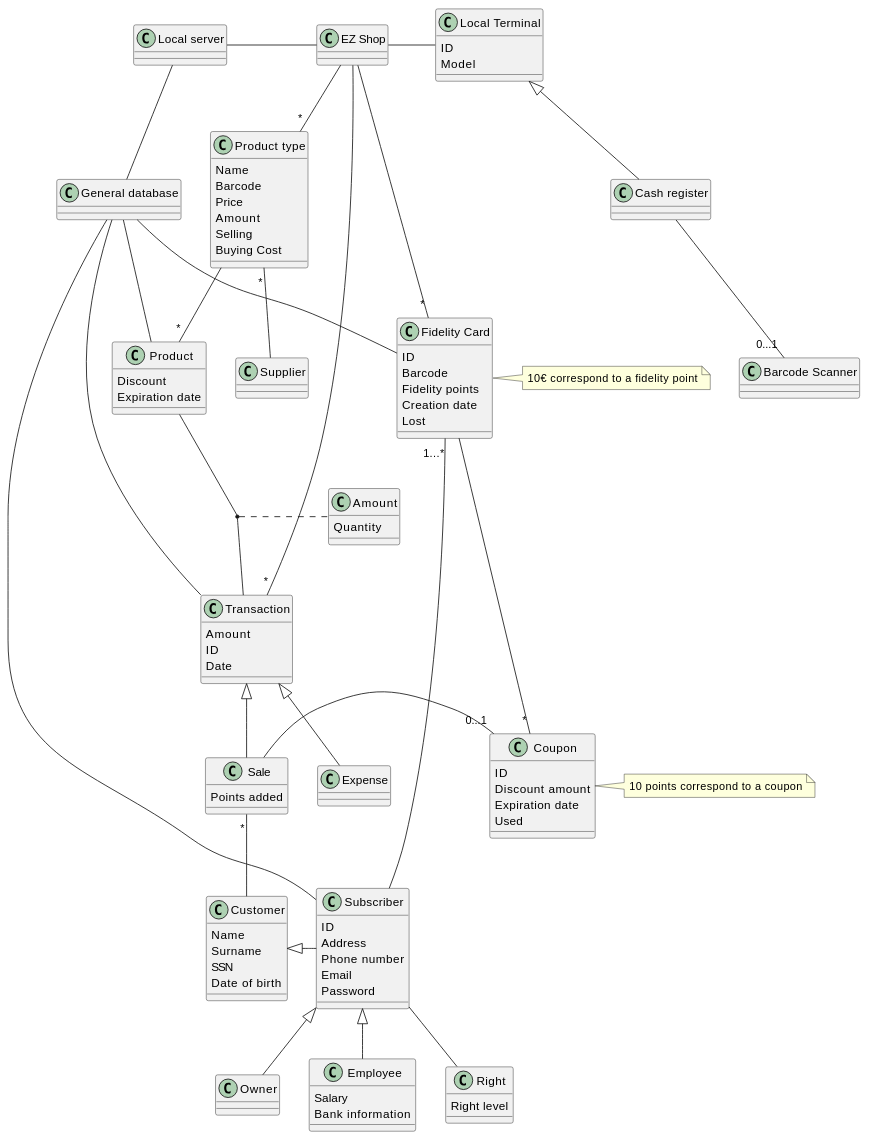
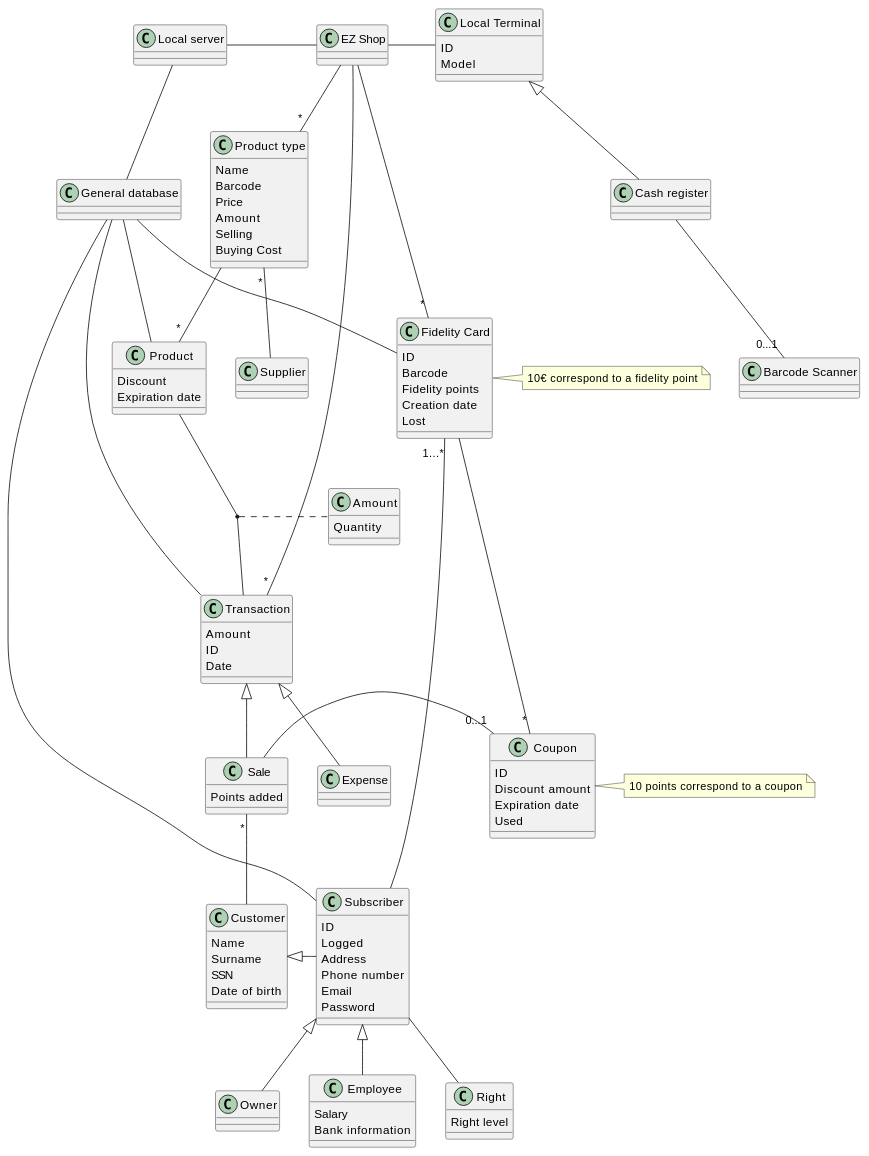
Before and after one commit to nicolabattaglino/ezshop: the fifth of 7 diagrams in Deliverables/RequirementsDocument.md, drawn with PlantUML. The commit also changed other lines of this file and 1 other file, not shown here.

```diff
--- a/Deliverables/RequirementsDocument.md
+++ b/Deliverables/RequirementsDocument.md
@@ -761,6 +771,7 @@
 
 class "Subscriber" as subscriber{
 ID
+Logged
 Address
 Phone number 
 Email
```
